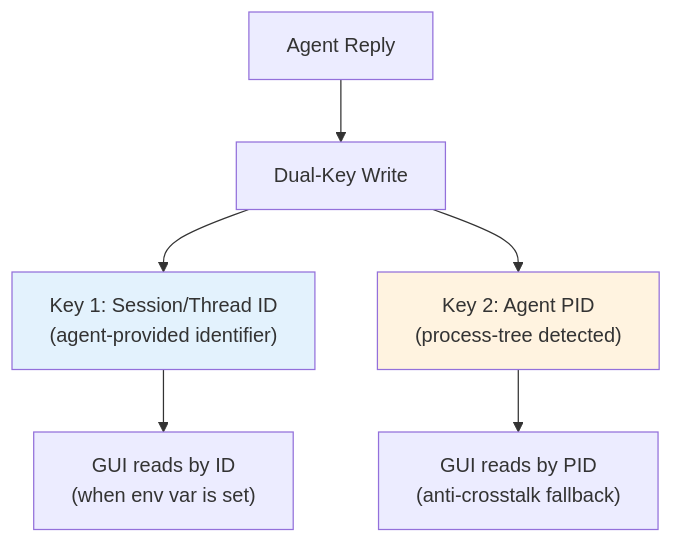
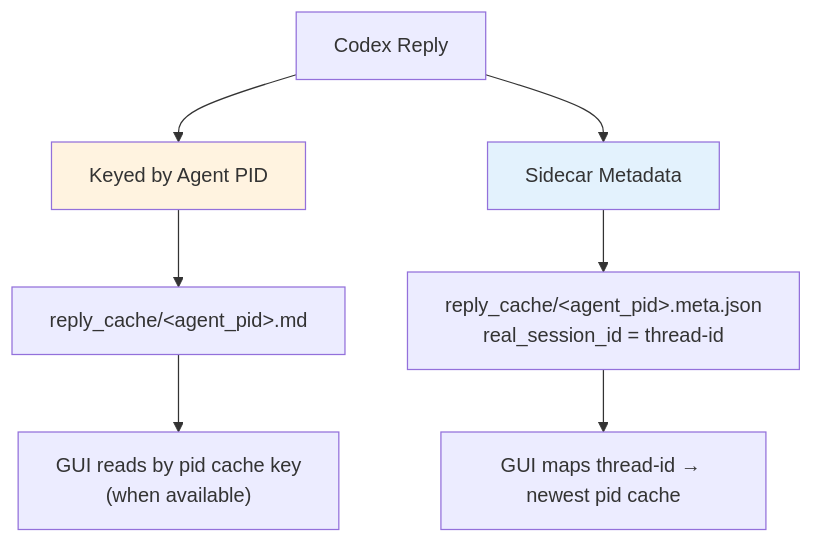
Before and after one commit to BobDLA/cliv: the fifth of 22 diagrams in docs/demo/demo.md, drawn with Mermaid. The commit also changed other lines of this file and 16 other files, not shown here.

Commit message:
fix: keep Codex reply cache pid-keyed

````diff
--- a/docs/demo/demo.md
+++ b/docs/demo/demo.md
@@ -377,13 +377,14 @@
 ```mermaid
 graph TD
-    REPLY["Agent Reply"] --> DUAL["Dual-Key Write"]
+    REPLY["Codex Reply"] --> PID["Keyed by Agent PID"]
+    REPLY --> META["Sidecar Metadata"]
 
-    DUAL --> KEY_ID["Key 1: Session/Thread ID<br/>(agent-provided identifier)"]
-    DUAL --> KEY_PID["Key 2: Agent PID<br/>(process-tree detected)"]
+    PID --> CACHE["reply_cache/&lt;agent_pid&gt;.md"]
+    META --> METAJSON["reply_cache/&lt;agent_pid&gt;.meta.json<br/>real_session_id = thread-id"]
 
-    KEY_ID --> LOOKUP1["GUI reads by ID<br/>(when env var is set)"]
-    KEY_PID --> LOOKUP2["GUI reads by PID<br/>(anti-crosstalk fallback)"]
+    CACHE --> LOOKUP1["GUI reads by pid cache key<br/>(when available)"]
+    METAJSON --> LOOKUP2["GUI maps thread-id → newest pid cache"]
 
-    style KEY_ID fill:#e3f2fd
-    style KEY_PID fill:#fff3e0
+    style PID fill:#fff3e0
+    style META fill:#e3f2fd
 ```
````
